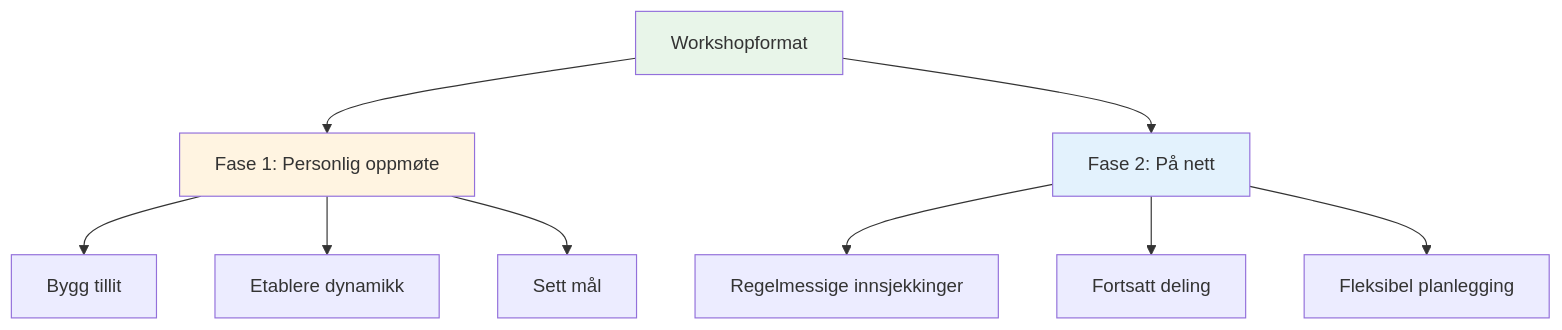
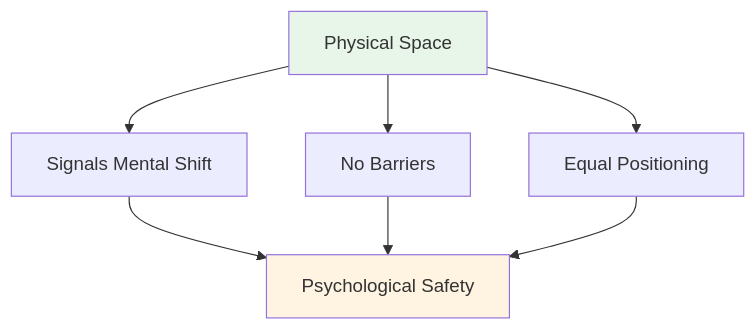
The second of 4 diagrams in docs/no/workshop.md (patwii/petanque-academy), drawn with Mermaid before and after one commit. The commit also changed other lines of this file and 259 other files, not shown here.

````diff
--- a/docs/no/workshop.md
+++ b/docs/no/workshop.md
@@ -39,17 +85,13 @@
 ```mermaid
 graph TD
-    A[Workshopformat] --> B[Fase 1: Personlig oppmøte]
-    A --> C[Fase 2: På nett]
+    A[Physical Space] --> B[Signals Mental Shift]
+    A --> C[No Barriers]
+    A --> D[Equal Positioning]
 
-    B --> D[Bygg tillit]
-    B --> E[Etablere dynamikk]
-    B --> F[Sett mål]
-
-    C --> G[Regelmessige innsjekkinger]
-    C --> H[Fortsatt deling]
-    C --> I[Fleksibel planlegging]
+    B --> E[Psychological Safety]
+    C --> E
+    D --> E
 
     style A fill:#e8f5e9
-    style B fill:#fff4e1
-    style C fill:#e3f2fd
+    style E fill:#fff4e1
 ```
````
